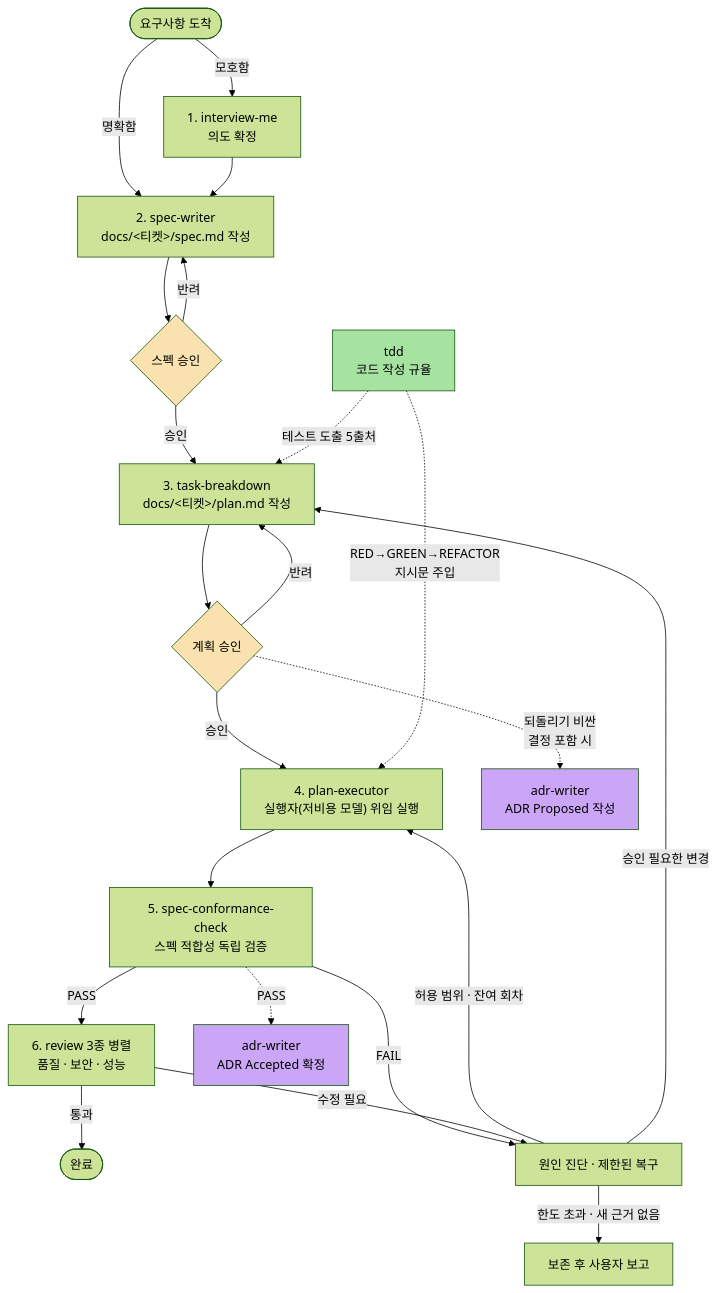
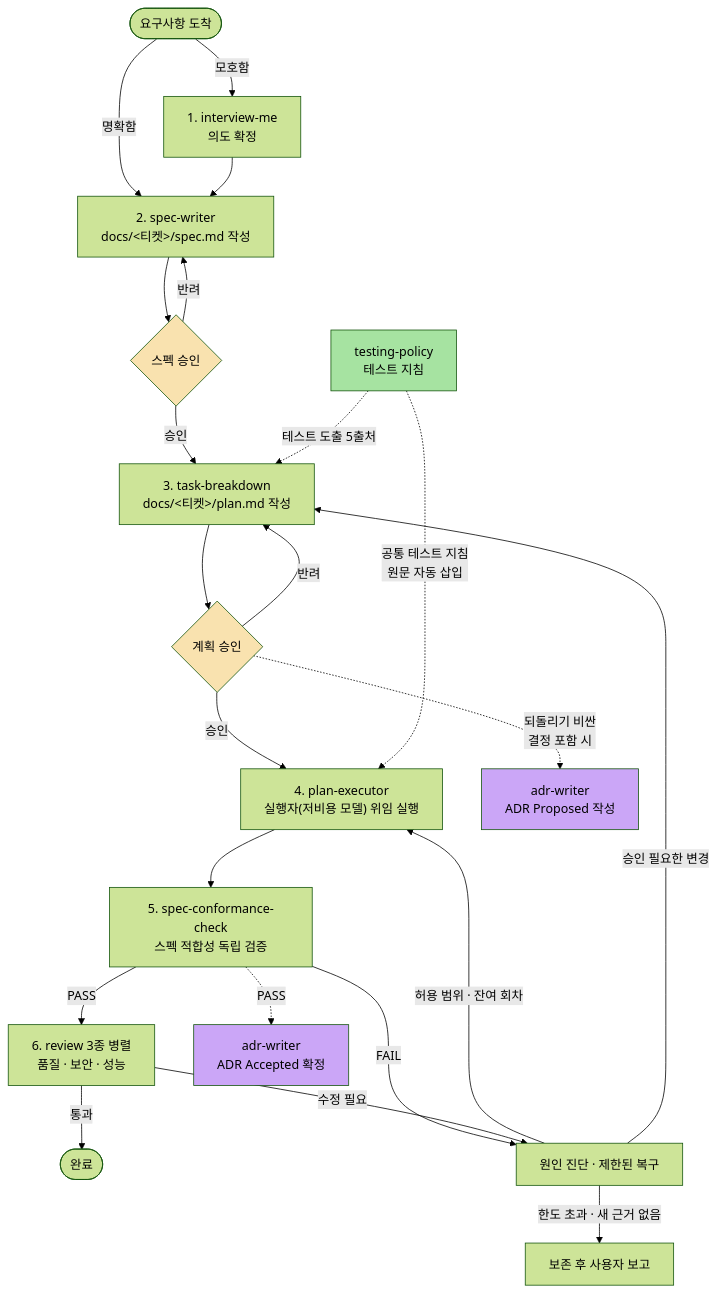
The diagram in README.md (nyeonu/skills), drawn with Mermaid (forest theme) before and after one commit. The commit also changed other lines of this file and 52 other files, not shown here.

First line of the commit message:
Replace mandatory TDD with shared testing policy

````diff
--- a/README.md
+++ b/README.md
@@ -73,44 +73,44 @@
 ```mermaid
 flowchart TD
     start([요구사항 도착])
     interview["1. interview-me<br>의도 확정"]
     spec["2. spec-writer<br>docs/&lt;티켓&gt;/spec.md 작성"]
     gate1{스펙 승인}
     plan["3. task-breakdown<br>docs/&lt;티켓&gt;/plan.md 작성"]
     gate2{계획 승인}
     exec["4. plan-executor<br>실행자(저비용 모델) 위임 실행"]
     verify["5. spec-conformance-check<br>스펙 적합성 독립 검증"]
     review["6. review 3종 병렬<br>품질 · 보안 · 성능"]
     done([완료])
     adr1["adr-writer<br>ADR Proposed 작성"]
     adr2["adr-writer<br>ADR Accepted 확정"]
-    tdd["tdd<br>코드 작성 규율"]
+    testing_policy["testing-policy<br>테스트 지침"]
 
     start -->|모호함| interview
     start -->|명확함| spec
     interview --> spec
     spec --> gate1
     gate1 -->|반려| spec
     gate1 -->|승인| plan
     plan --> gate2
     gate2 -->|반려| plan
     gate2 -->|승인| exec
     gate2 -.->|되돌리기 비싼<br>결정 포함 시| adr1
-    tdd -.->|테스트 도출 5출처| plan
-    tdd -.->|"RED→GREEN→REFACTOR<br>지시문 주입"| exec
+    testing_policy -.->|테스트 도출 5출처| plan
+    testing_policy -.->|"공통 테스트 지침<br>원문 자동 삽입"| exec
     exec --> verify
     verify -->|FAIL| recovery["원인 진단 · 제한된 복구"]
     recovery -->|허용 범위 · 잔여 회차| exec
     recovery -->|승인 필요한 변경| plan
     recovery -->|한도 초과 · 새 근거 없음| blocked["보존 후 사용자 보고"]
     verify -->|PASS| review
     verify -.->|PASS| adr2
     review -->|수정 필요| recovery
     review -->|통과| done
 
     style gate1 fill:#f9e2af,color:#000
     style gate2 fill:#f9e2af,color:#000
     style adr1 fill:#cba6f7,color:#000
     style adr2 fill:#cba6f7,color:#000
-    style tdd fill:#a6e3a1,color:#000
+    style testing_policy fill:#a6e3a1,color:#000
 ```
````
